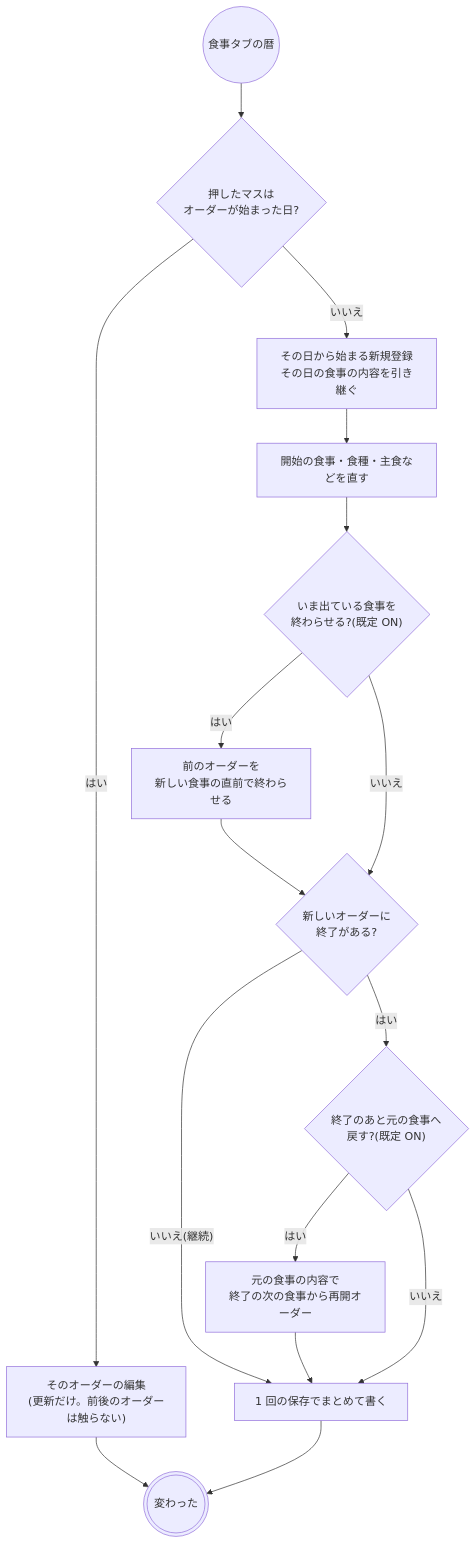
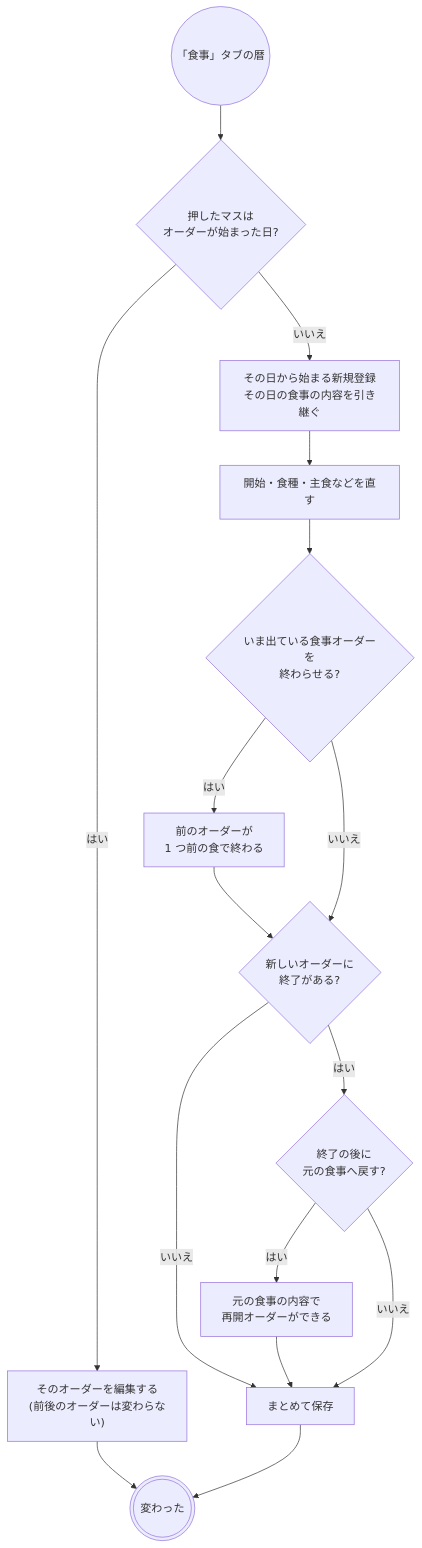
One commit to ysnr-dev/fhir-client-docs changed the third of 8 diagrams in docs/flows/meal.md. Above: the diagram before and after it, drawn with Mermaid. The commit also changed other lines of this file and 43 other files, not shown here.

Commit message:
docs: 業務フローとシーケンス図を写し直し

````diff
--- a/docs/flows/meal.md
+++ b/docs/flows/meal.md
@@ -136,26 +144,26 @@
 ```mermaid
 flowchart TD
-  open(("食事タブの暦"))
+  open(("「食事」タブの暦"))
   cell{"押したマスは<br/>オーダーが始まった日?"}
-  edit["そのオーダーの編集<br/>(更新だけ。前後のオーダーは触らない)"]
+  edit["そのオーダーを編集する<br/>(前後のオーダーは変わらない)"]
   create["その日から始まる新規登録<br/>その日の食事の内容を引き継ぐ"]
-  input["開始の食事・食種・主食などを直す"]
-  closeQ{"いま出ている食事を<br/>終わらせる?(既定 ON)"}
-  closed["前のオーダーを<br/>新しい食事の直前で終わらせる"]
+  input["開始・食種・主食などを直す"]
+  closeQ{"いま出ている食事オーダーを<br/>終わらせる?"}
+  closed["前のオーダーが<br/>1 つ前の食で終わる"]
   endQ{"新しいオーダーに<br/>終了がある?"}
-  resumeQ{"終了のあと元の食事へ<br/>戻す?(既定 ON)"}
-  resumed["元の食事の内容で<br/>終了の次の食事から再開オーダー"]
-  save["1 回の保存でまとめて書く"]
+  resumeQ{"終了の後に<br/>元の食事へ戻す?"}
+  resumed["元の食事の内容で<br/>再開オーダーができる"]
+  save["まとめて保存"]
   done((("変わった")))
 
   open --> cell
   cell -- "はい" --> edit --> done
   cell -- "いいえ" --> create --> input --> closeQ
   closeQ -- "はい" --> closed --> endQ
   closeQ -- "いいえ" --> endQ
-  endQ -- "いいえ(継続)" --> save
+  endQ -- "いいえ" --> save
   endQ -- "はい" --> resumeQ
   resumeQ -- "はい" --> resumed --> save
   resumeQ -- "いいえ" --> save
   save --> done
 ```
````
